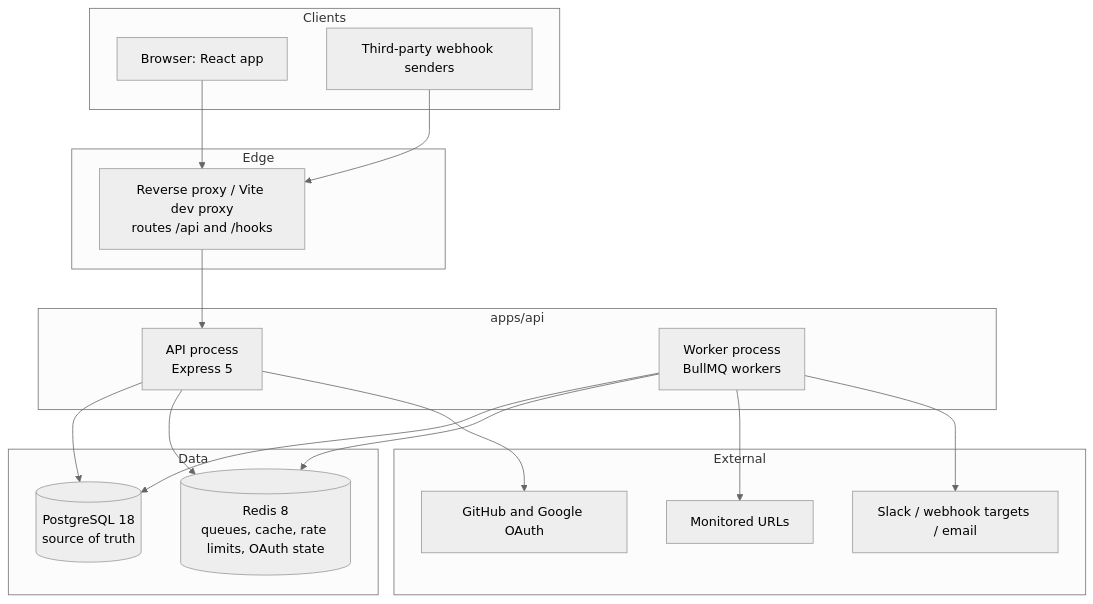
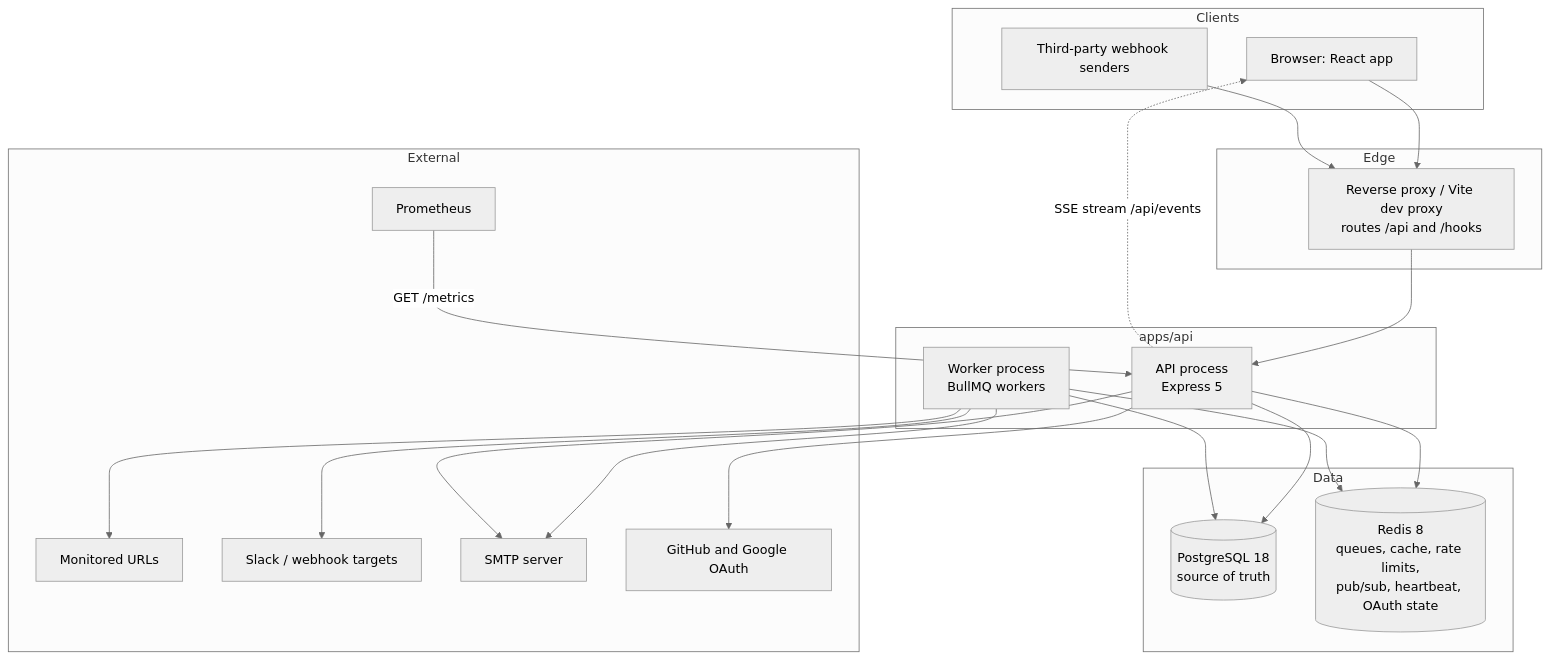
The first of 13 diagrams in docs/system-design.md (MohammadRaiyyan/pulse), drawn with Mermaid (neutral theme) before and after one commit. The commit also changed other lines of this file and 6 other files, not shown here.

````diff
--- a/docs/system-design.md
+++ b/docs/system-design.md
@@ -109,38 +122,44 @@
 ```mermaid
 flowchart TB
   subgraph Clients
     B["Browser: React app"]
     S["Third-party webhook senders"]
   end
 
   subgraph Edge
     P["Reverse proxy / Vite dev proxy<br/>routes /api and /hooks"]
   end
 
   subgraph Backend["apps/api"]
     API["API process<br/>Express 5"]
     W["Worker process<br/>BullMQ workers"]
   end
 
   subgraph Data
     PG[("PostgreSQL 18<br/>source of truth")]
-    R[("Redis 8<br/>queues, cache, rate limits, OAuth state")]
+    R[("Redis 8<br/>queues, cache, rate limits,<br/>pub/sub, heartbeat, OAuth state")]
   end
 
   subgraph External
     T["Monitored URLs"]
-    A["Slack / webhook targets / email"]
+    A["Slack / webhook targets"]
+    M["SMTP server"]
     O["GitHub and Google OAuth"]
+    PR["Prometheus"]
   end
 
   B --> P
   S --> P
   P --> API
   API --> PG
   API --> R
   API --> O
   W --> PG
   W --> R
   W --> T
   W --> A
+  W --> M
+  API --> M
+  API -. "SSE stream /api/events" .-> B
+  PR -- "GET /metrics" --> API
 ```
````
